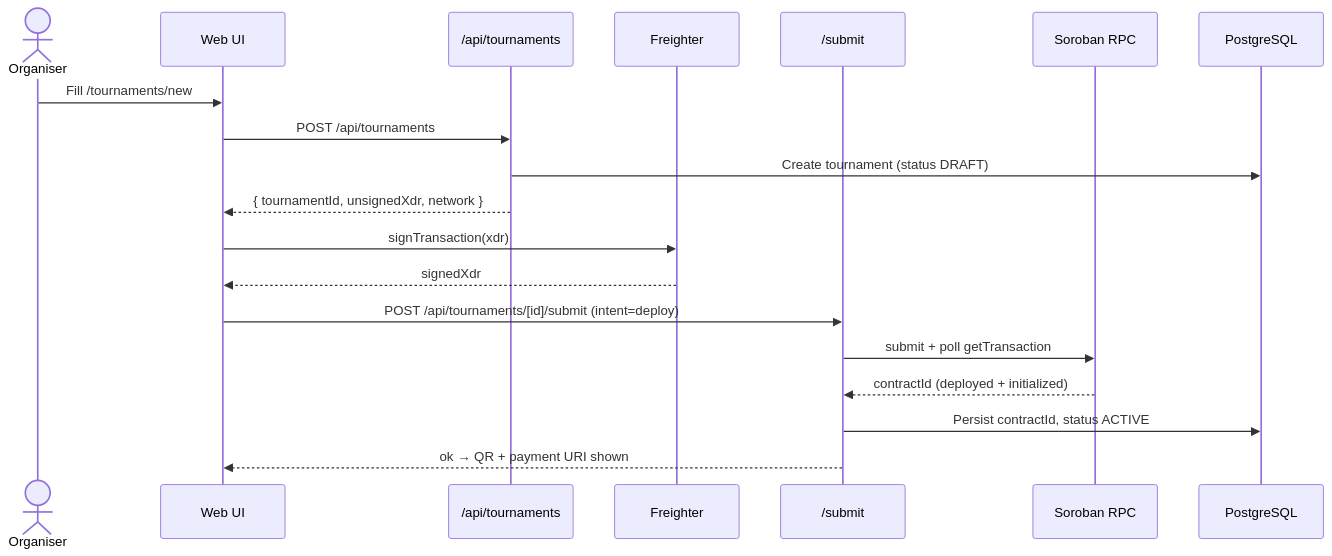
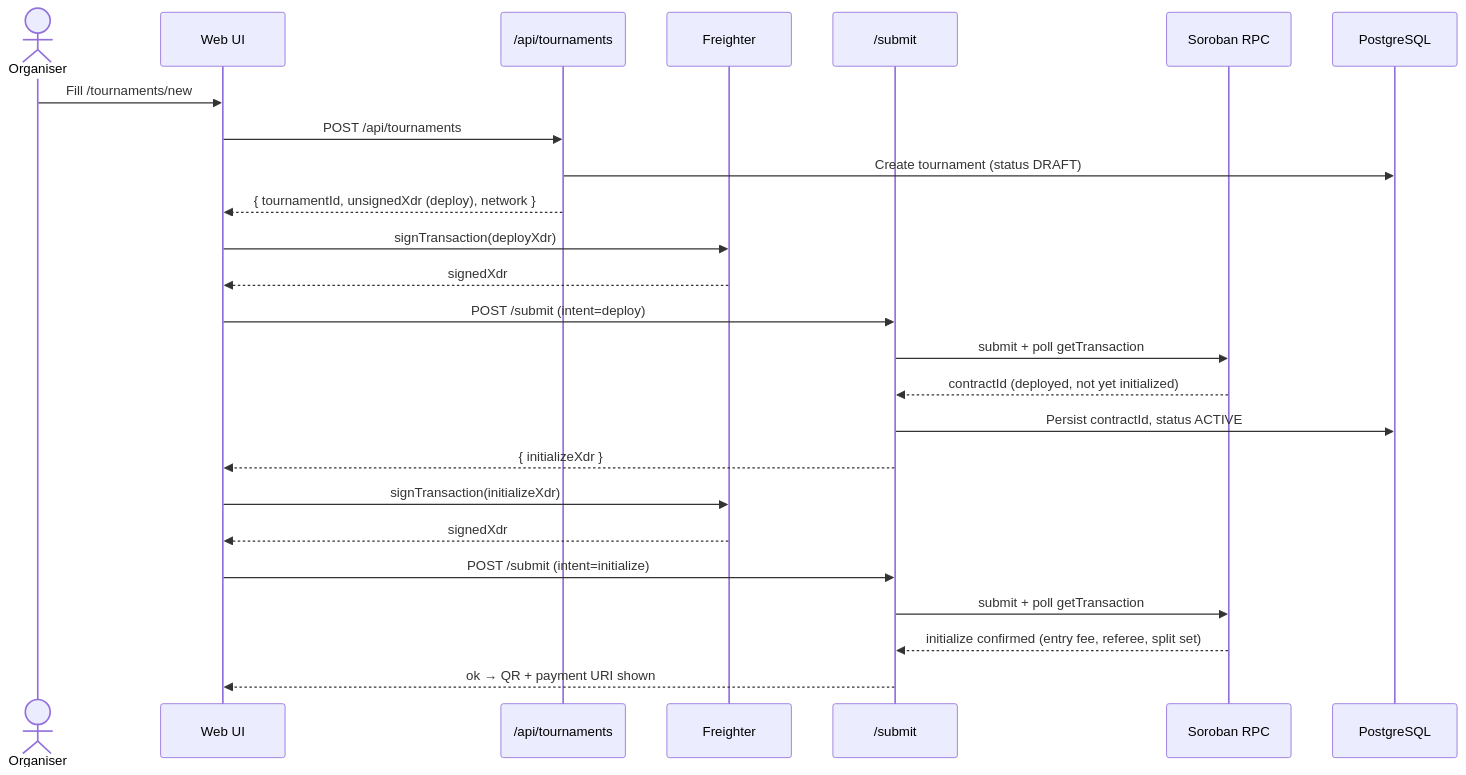
The second of 4 diagrams in README.md (aizypena/ggg), drawn with Mermaid before and after one commit. The commit also changed other lines of this file, not shown here.

````diff
--- a/README.md
+++ b/README.md
@@ -131,22 +143,28 @@
 ```mermaid
 sequenceDiagram
     actor Org as Organiser
     participant UI as Web UI
     participant API as /api/tournaments
     participant FR as Freighter
     participant SUB as /submit
     participant RPC as Soroban RPC
     participant DB as PostgreSQL
 
     Org->>UI: Fill /tournaments/new
     UI->>API: POST /api/tournaments
     API->>DB: Create tournament (status DRAFT)
-    API-->>UI: { tournamentId, unsignedXdr, network }
-    UI->>FR: signTransaction(xdr)
+    API-->>UI: { tournamentId, unsignedXdr (deploy), network }
+    UI->>FR: signTransaction(deployXdr)
     FR-->>UI: signedXdr
-    UI->>SUB: POST /api/tournaments/[id]/submit (intent=deploy)
+    UI->>SUB: POST /submit (intent=deploy)
     SUB->>RPC: submit + poll getTransaction
-    RPC-->>SUB: contractId (deployed + initialized)
+    RPC-->>SUB: contractId (deployed, not yet initialized)
     SUB->>DB: Persist contractId, status ACTIVE
+    SUB-->>UI: { initializeXdr }
+    UI->>FR: signTransaction(initializeXdr)
+    FR-->>UI: signedXdr
+    UI->>SUB: POST /submit (intent=initialize)
+    SUB->>RPC: submit + poll getTransaction
+    RPC-->>SUB: initialize confirmed (entry fee, referee, split set)
     SUB-->>UI: ok → QR + payment URI shown
 ```
````
